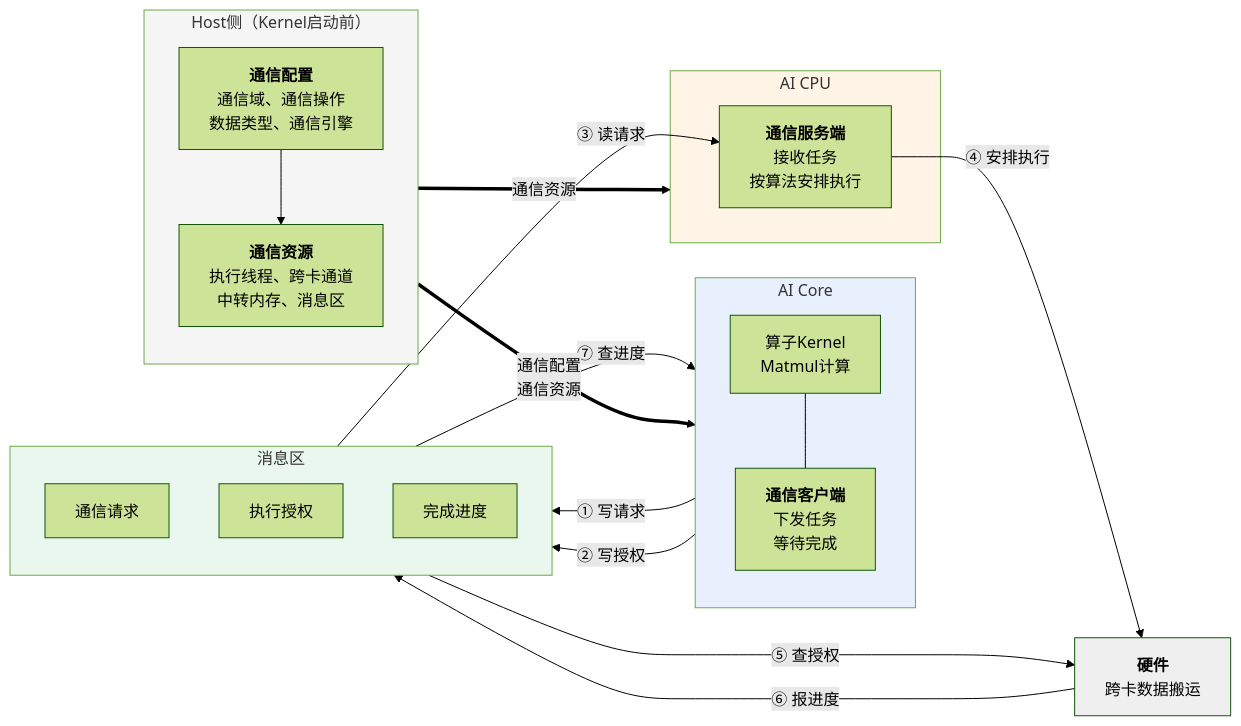
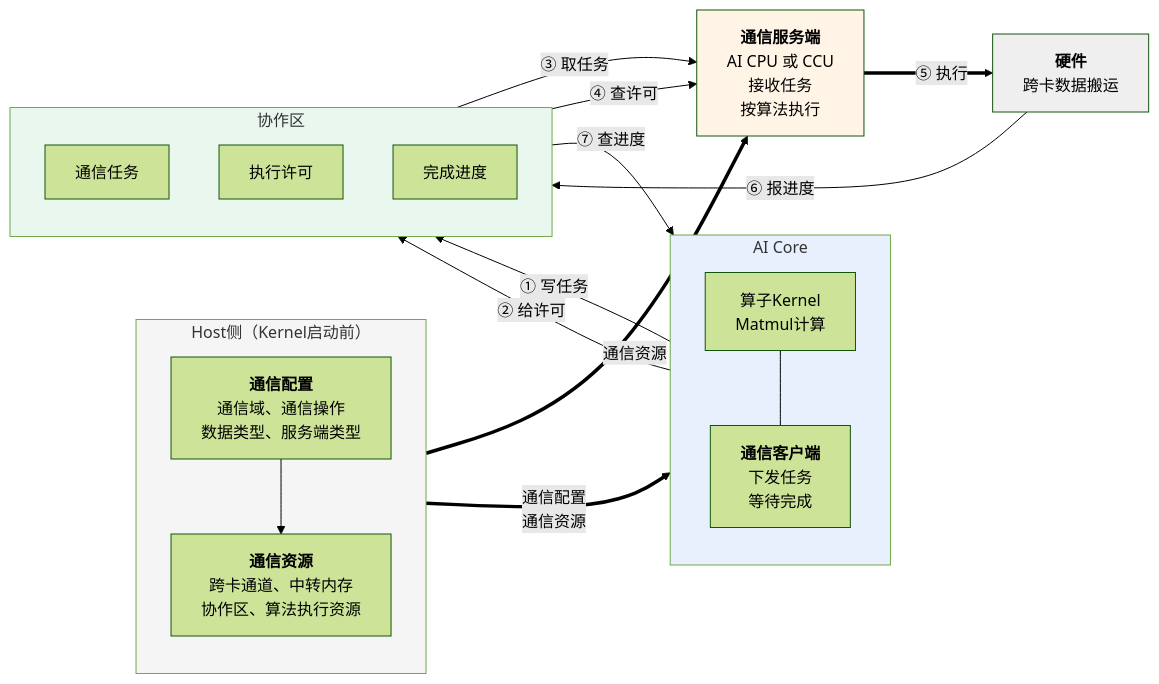
The first of 6 diagrams in docs/zh/编程模型/MC2编程模型/通信模型planB.md (Atlas-Ascend-Fork/asc-comm), drawn with Mermaid (forest theme) before and after one commit. The commit also changed other lines of this file and 1 other file, not shown here.

Commit message:
add ccu 通信模型

````diff
--- a/docs/zh/编程模型/MC2编程模型/通信模型planB.md
+++ b/docs/zh/编程模型/MC2编程模型/通信模型planB.md
@@ -39,46 +52,44 @@
 ```mermaid
 flowchart LR
     subgraph HOST["Host侧（Kernel启动前）"]
         direction TB
-        H1["<b>通信配置</b><br/>通信域、通信操作<br/>数据类型、通信引擎"]
-        H2["<b>通信资源</b><br/>执行线程、跨卡通道<br/>中转内存、消息区"]
+        H1["<b>通信配置</b><br/>通信域、通信操作<br/>数据类型、服务端类型"]
+        H2["<b>通信资源</b><br/>跨卡通道、中转内存<br/>协作区、算法执行资源"]
         H1 --> H2
     end
 
     subgraph CORE["AI Core"]
         direction TB
         K["算子Kernel<br/>Matmul计算"]
         CLIENT["<b>通信客户端</b><br/>下发任务<br/>等待完成"]
         K --- CLIENT
     end
 
-    subgraph MSGAREA["消息区"]
+    subgraph COOP["协作区"]
         direction TB
-        REQ["通信请求"]
-        GRANT["执行授权"]
+        REQ["通信任务"]
+        GRANT["执行许可"]
         PROG["完成进度"]
     end
 
-    subgraph CPU["AI CPU"]
-        SERVER["<b>通信服务端</b><br/>接收任务<br/>按算法安排执行"]
-    end
+    SERVER["<b>通信服务端</b><br/>AI CPU 或 CCU<br/>接收任务<br/>按算法执行"]
 
     HW["<b>硬件</b><br/>跨卡数据搬运"]
 
     H2 ==>|"通信配置<br/>通信资源"| CORE
-    H2 ==>|"通信资源"| CPU
+    H2 ==>|"通信资源"| SERVER
 
-    CLIENT -->|"① 写请求"| REQ
-    CLIENT -->|"② 写授权"| GRANT
-    REQ -->|"③ 读请求"| SERVER
-    SERVER -->|"④ 安排执行"| HW
-    GRANT -->|"⑤ 查授权"| HW
+    CLIENT -->|"① 写任务"| REQ
+    CLIENT -->|"② 给许可"| GRANT
+    REQ -->|"③ 取任务"| SERVER
+    GRANT -->|"④ 查许可"| SERVER
+    SERVER ==>|"⑤ 执行"| HW
     HW -->|"⑥ 报进度"| PROG
     PROG -->|"⑦ 查进度"| CLIENT
 
     style HOST fill:#f5f5f5
     style CORE fill:#e8f0fe
-    style MSGAREA fill:#e9f7ef
-    style CPU fill:#fff4e5
+    style COOP fill:#e9f7ef
+    style SERVER fill:#fff4e5
     style HW fill:#efefef
 ```
````
